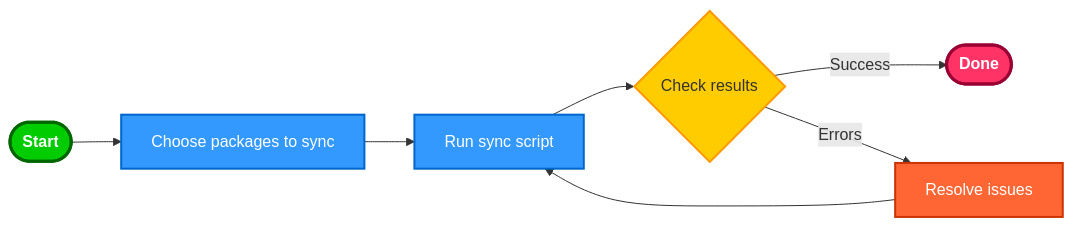
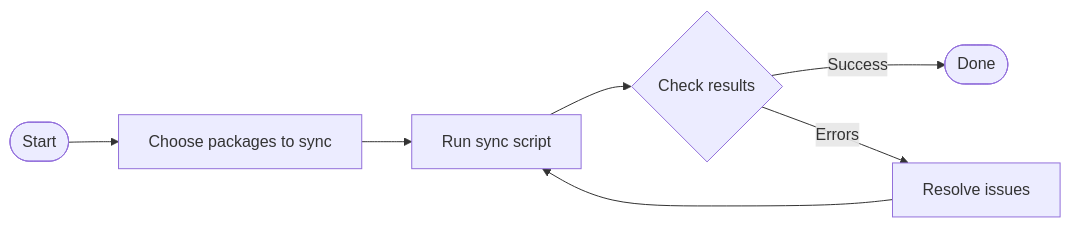
One commit to sparkz-development/helicone changed the diagram in SYNC_README.md. Above: the diagram before and after it, drawn with Mermaid.

Commit message:
Remove colors from Mermaid diagram for simplicity

````diff
--- a/SYNC_README.md
+++ b/SYNC_README.md
@@ -49,16 +49,9 @@
 ```mermaid
 flowchart LR
     A([Start]) --> B[Choose packages to sync]
     B --> C[Run sync script]
     C --> D{Check results}
     D -->|Success| E([Done])
     D -->|Errors| F[Resolve issues]
     F --> C
-    
-    style A fill:#00CC00,stroke:#006600,stroke-width:3px,color:white,font-weight:bold
-    style E fill:#FF3366,stroke:#990033,stroke-width:3px,color:white,font-weight:bold
-    style B fill:#3399FF,stroke:#0066CC,stroke-width:2px,color:white
-    style C fill:#3399FF,stroke:#0066CC,stroke-width:2px,color:white
-    style D fill:#FFCC00,stroke:#FF9900,stroke-width:2px
-    style F fill:#FF6633,stroke:#CC3300,stroke-width:2px,color:white
 ```
````
